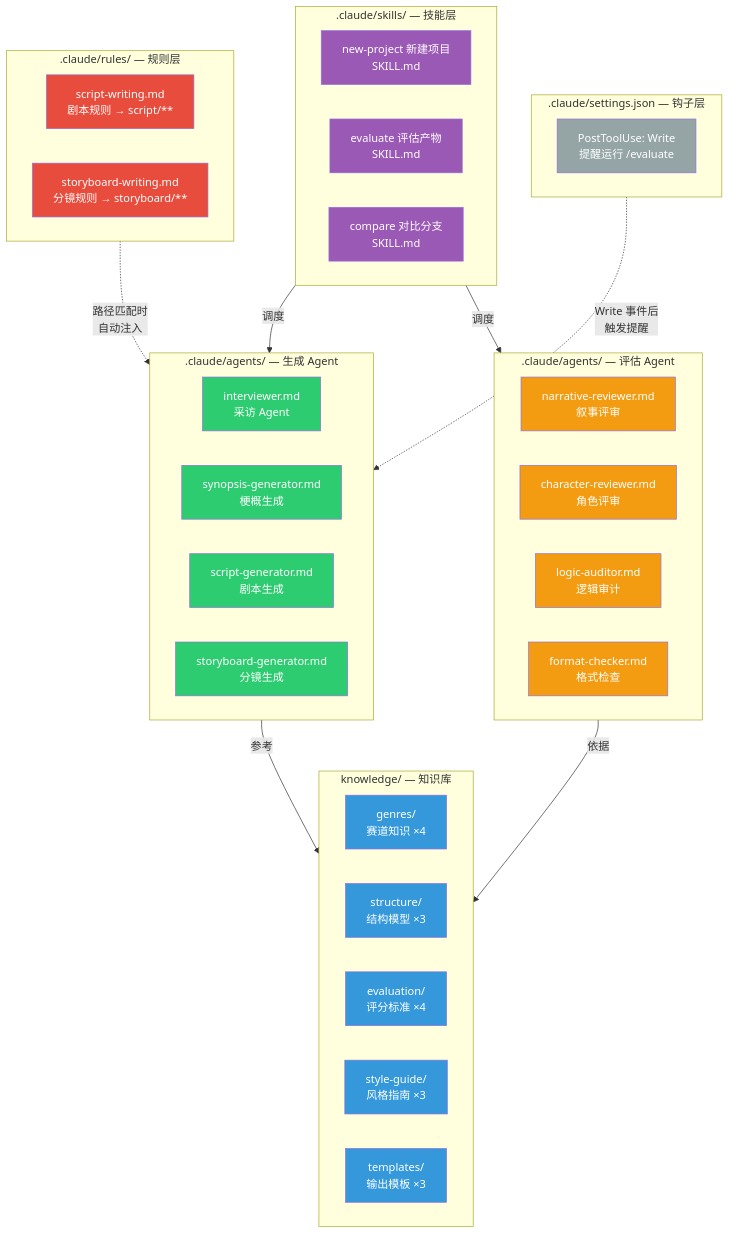
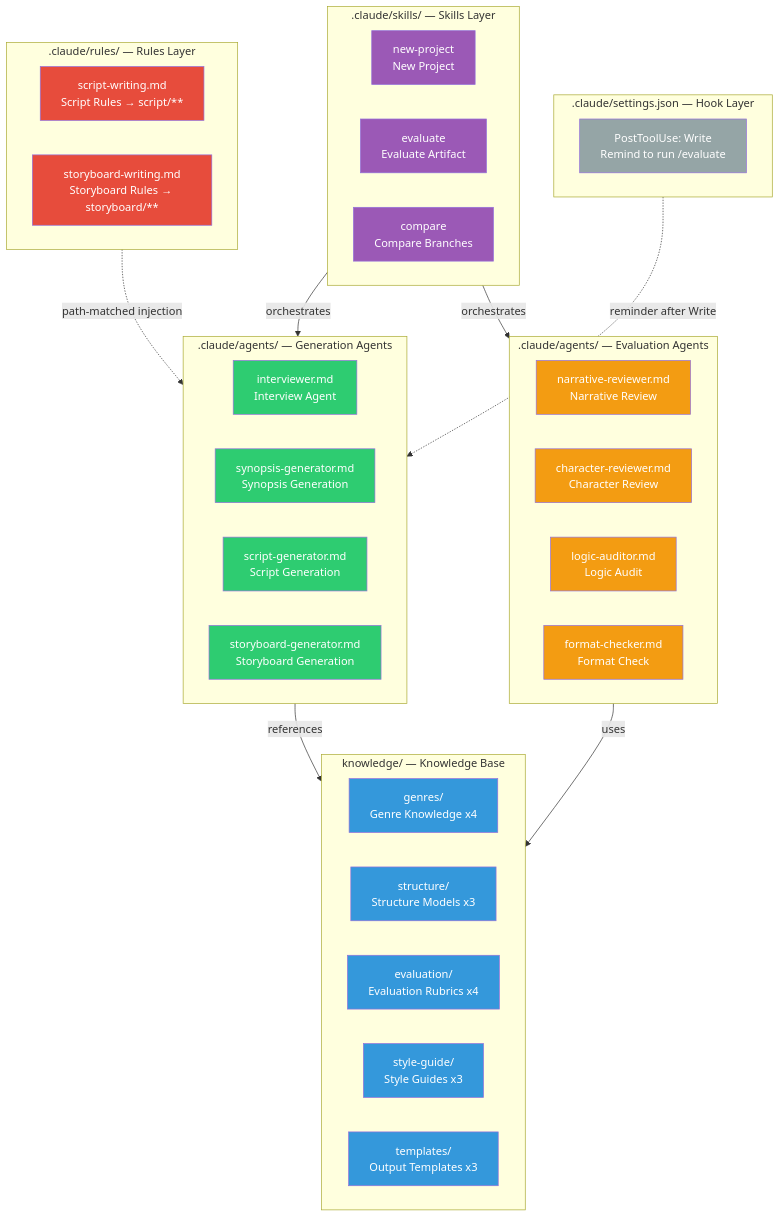
One commit to zhiyuzi/StoryForge changed the second of 3 diagrams in README.en.md. Above: the diagram before and after it, drawn with Mermaid. The commit also changed other lines of this file, not shown here.

Commit message:
docs(readme): translate english mermaid labels

````diff
--- a/README.en.md
+++ b/README.en.md
@@ -96,60 +96,60 @@
 ```mermaid
 flowchart TB
-    subgraph Skills[".claude/skills/ — 技能层"]
-        S1["new-project 新建项目<br>SKILL.md"]
-        S2["evaluate 评估产物<br>SKILL.md"]
-        S3["compare 对比分支<br>SKILL.md"]
+    subgraph Skills[".claude/skills/ — Skills Layer"]
+        S1["new-project<br>New Project"]
+        S2["evaluate<br>Evaluate Artifact"]
+        S3["compare<br>Compare Branches"]
     end
 
-    subgraph GenAgents[".claude/agents/ — 生成 Agent"]
-        GA1["interviewer.md<br>采访 Agent"]
-        GA2["synopsis-generator.md<br>梗概生成"]
-        GA3["script-generator.md<br>剧本生成"]
-        GA4["storyboard-generator.md<br>分镜生成"]
+    subgraph GenAgents[".claude/agents/ — Generation Agents"]
+        GA1["interviewer.md<br>Interview Agent"]
+        GA2["synopsis-generator.md<br>Synopsis Generation"]
+        GA3["script-generator.md<br>Script Generation"]
+        GA4["storyboard-generator.md<br>Storyboard Generation"]
     end
 
-    subgraph EvalAgents[".claude/agents/ — 评估 Agent"]
-        EA1["narrative-reviewer.md<br>叙事评审"]
-        EA2["character-reviewer.md<br>角色评审"]
-        EA3["logic-auditor.md<br>逻辑审计"]
-        EA4["format-checker.md<br>格式检查"]
+    subgraph EvalAgents[".claude/agents/ — Evaluation Agents"]
+        EA1["narrative-reviewer.md<br>Narrative Review"]
+        EA2["character-reviewer.md<br>Character Review"]
+        EA3["logic-auditor.md<br>Logic Audit"]
+        EA4["format-checker.md<br>Format Check"]
     end
 
-    subgraph Knowledge["knowledge/ — 知识库"]
-        K1["genres/<br>赛道知识 ×4"]
-        K2["structure/<br>结构模型 ×3"]
-        K3["evaluation/<br>评分标准 ×4"]
-        K4["style-guide/<br>风格指南 ×3"]
-        K5["templates/<br>输出模板 ×3"]
+    subgraph Knowledge["knowledge/ — Knowledge Base"]
+        K1["genres/<br>Genre Knowledge x4"]
+        K2["structure/<br>Structure Models x3"]
+        K3["evaluation/<br>Evaluation Rubrics x4"]
+        K4["style-guide/<br>Style Guides x3"]
+        K5["templates/<br>Output Templates x3"]
     end
 
-    subgraph Rules[".claude/rules/ — 规则层"]
-        R1["script-writing.md<br>剧本规则 → script/**"]
-        R2["storyboard-writing.md<br>分镜规则 → storyboard/**"]
+    subgraph Rules[".claude/rules/ — Rules Layer"]
+        R1["script-writing.md<br>Script Rules → script/**"]
+        R2["storyboard-writing.md<br>Storyboard Rules → storyboard/**"]
     end
 
-    subgraph Hook[".claude/settings.json — 钩子层"]
-        H1["PostToolUse: Write<br>提醒运行 /evaluate"]
+    subgraph Hook[".claude/settings.json — Hook Layer"]
+        H1["PostToolUse: Write<br>Remind to run /evaluate"]
     end
 
-    Skills -->|调度| GenAgents
-    Skills -->|调度| EvalAgents
-    GenAgents -->|参考| Knowledge
-    EvalAgents -->|依据| Knowledge
-    Rules -.->|路径匹配时<br>自动注入| GenAgents
-    Hook -.->|Write 事件后<br>触发提醒| GenAgents
+    Skills -->|orchestrates| GenAgents
+    Skills -->|orchestrates| EvalAgents
+    GenAgents -->|references| Knowledge
+    EvalAgents -->|uses| Knowledge
+    Rules -.->|path-matched injection| GenAgents
+    Hook -.->|reminder after Write| GenAgents
 
     classDef skill fill:#9b59b6,color:#fff
     classDef gen fill:#2ecc71,color:#fff
     classDef eval fill:#f39c12,color:#fff
     classDef know fill:#3498db,color:#fff
     classDef rule fill:#e74c3c,color:#fff
     classDef hook fill:#95a5a6,color:#fff
 
     class S1,S2,S3 skill
     class GA1,GA2,GA3,GA4 gen
     class EA1,EA2,EA3,EA4 eval
     class K1,K2,K3,K4,K5 know
     class R1,R2 rule
     class H1 hook
 ```
````
